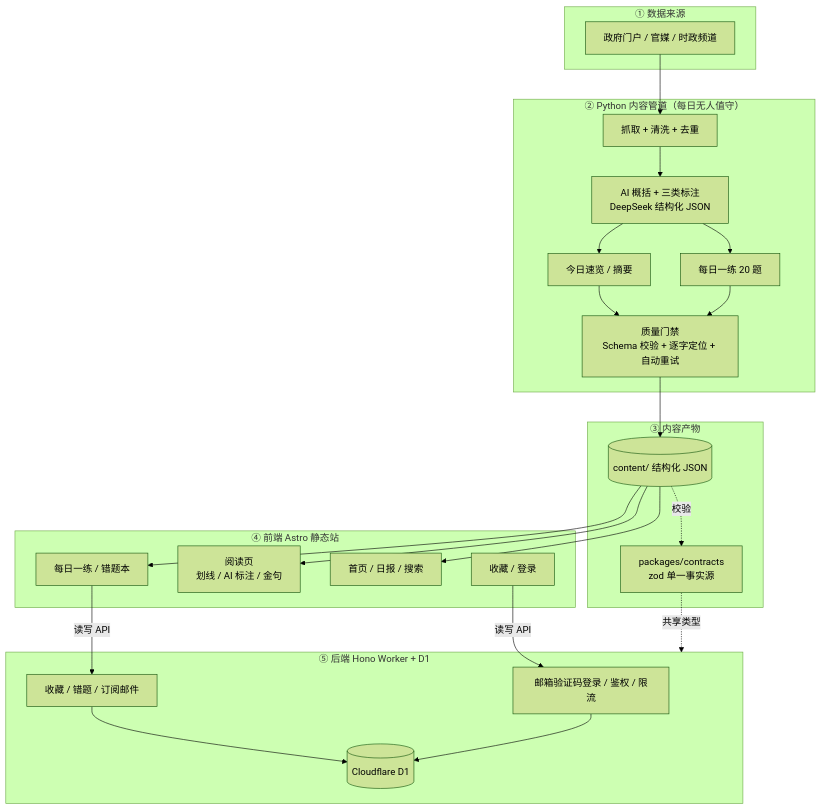
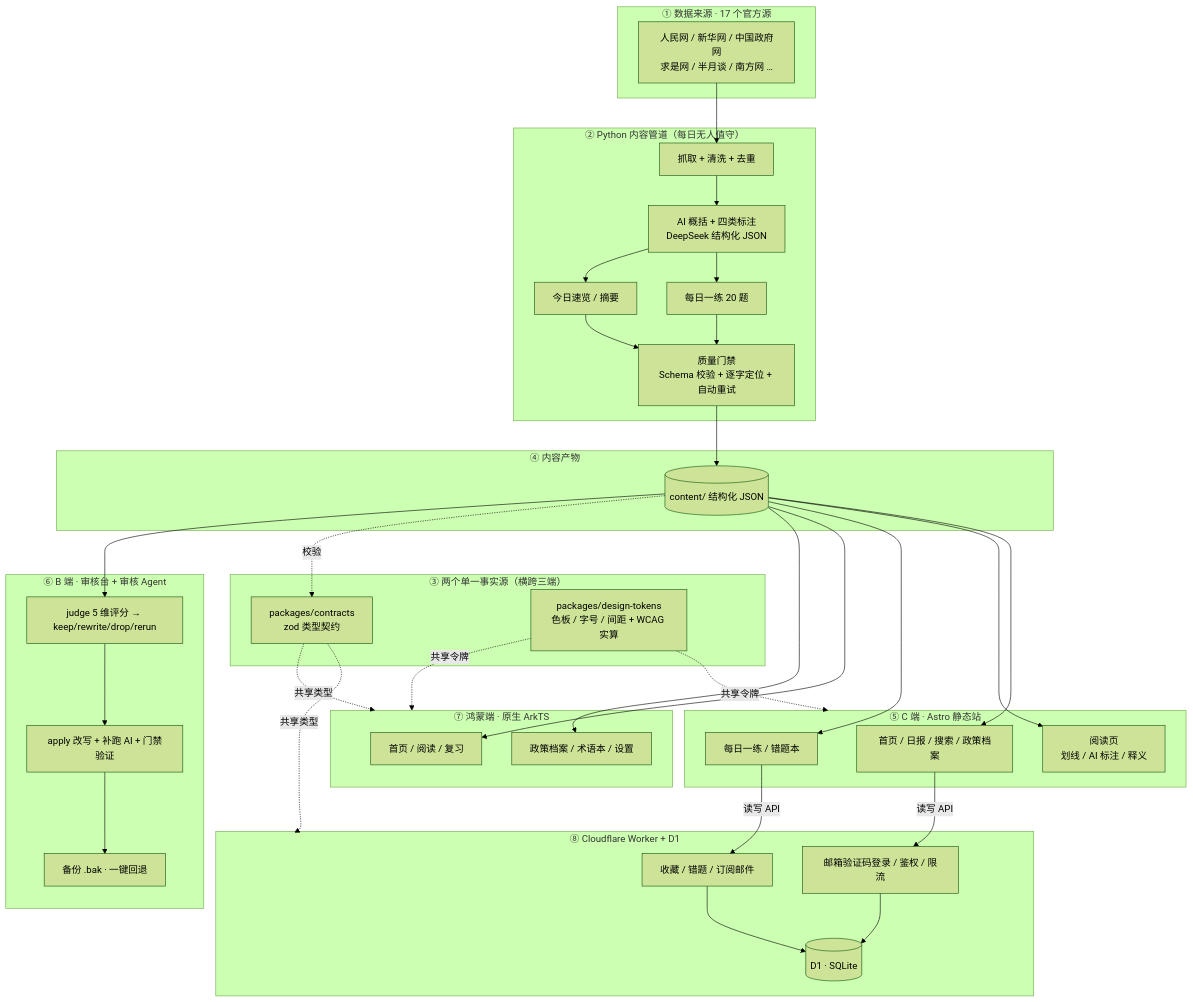
The diagram in README.md (YangShusen2001/MeiRiShiZheng), drawn with Mermaid (forest theme) before and after one commit. The commit also changed other lines of this file and 5 other files, not shown here.

First line of the commit message:
docs: README 重构为面向面试官的架构叙事，补 4 张真实截图

````diff
--- a/README.md
+++ b/README.md
@@ -80,44 +48,65 @@
 ```mermaid
 flowchart TB
-    subgraph SRC["① 数据来源"]
-        S1[政府门户 / 官媒 / 时政频道]
+    subgraph SRC["① 数据来源 · 17 个官方源"]
+        S1[人民网 / 新华网 / 中国政府网<br/>求是网 / 半月谈 / 南方网 …]
     end
 
     subgraph PIPE["② Python 内容管道（每日无人值守）"]
-        P1[抓取 + 清洗 + 去重] --> P2[AI 概括 + 三类标注<br/>DeepSeek 结构化 JSON]
+        P1[抓取 + 清洗 + 去重] --> P2[AI 概括 + 四类标注<br/>DeepSeek 结构化 JSON]
         P2 --> P3[每日一练 20 题]
         P2 --> P4[今日速览 / 摘要]
         P3 --> P5[质量门禁<br/>Schema 校验 + 逐字定位 + 自动重试]
         P4 --> P5
     end
 
-    subgraph CONTENT["③ 内容产物"]
-        C1[(content/ 结构化 JSON)]
-        C2[packages/contracts<br/>zod 单一事实源]
-        C1 -. 校验 .-> C2
+    subgraph CONTRACT["③ 两个单一事实源（横跨三端）"]
+        C2[packages/contracts<br/>zod 类型契约]
+        C3[packages/design-tokens<br/>色板 / 字号 / 间距 + WCAG 实算]
     end
 
-    subgraph WEB["④ 前端 Astro 静态站"]
-        W1[首页 / 日报 / 搜索]
-        W2[阅读页<br/>划线 / AI 标注 / 金句]
-        W3[每日一练 / 错题本]
-        W4[收藏 / 登录]
+    subgraph CONTENT["④ 内容产物"]
+        C1[(content/ 结构化 JSON)]
     end
 
-    subgraph API["⑤ 后端 Hono Worker + D1"]
+    subgraph WEB["⑤ C 端 · Astro 静态站"]
+        W1[首页 / 日报 / 搜索 / 政策档案]
+        W2[阅读页<br/>划线 / AI 标注 / 释义]
+        W3[每日一练 / 错题本]
+    end
+
+    subgraph REV["⑥ B 端 · 审核台 + 审核 Agent"]
+        R1[judge 5 维评分 → keep/rewrite/drop/rerun]
+        R2[apply 改写 + 补跑 AI + 门禁验证]
+        R3[备份 .bak · 一键回退]
+        R1 --> R2 --> R3
+    end
+
+    subgraph HARM["⑦ 鸿蒙端 · 原生 ArkTS"]
+        H1[首页 / 阅读 / 复习]
+        H2[政策档案 / 术语本 / 设置]
+    end
+
+    subgraph API["⑧ Cloudflare Worker + D1"]
         A1[邮箱验证码登录 / 鉴权 / 限流]
         A2[收藏 / 错题 / 订阅邮件]
-        A3[(Cloudflare D1)]
+        A3[(D1 · SQLite)]
         A1 --> A3
         A2 --> A3
     end
 
     S1 --> P1
     P5 --> C1
     C1 --> W1
     C1 --> W2
     C1 --> W3
+    C1 --> H1
+    C1 --> H2
+    C1 -. 校验 .-> C2
+    C1 --> R1
     W3 -->|读写 API| A2
-    W4 -->|读写 API| A1
+    W1 -->|读写 API| A1
     C2 -. 共享类型 .-> API
+    C2 -. 共享类型 .-> HARM
+    C3 -. 共享令牌 .-> WEB
+    C3 -. 共享令牌 .-> HARM
 ```
````
